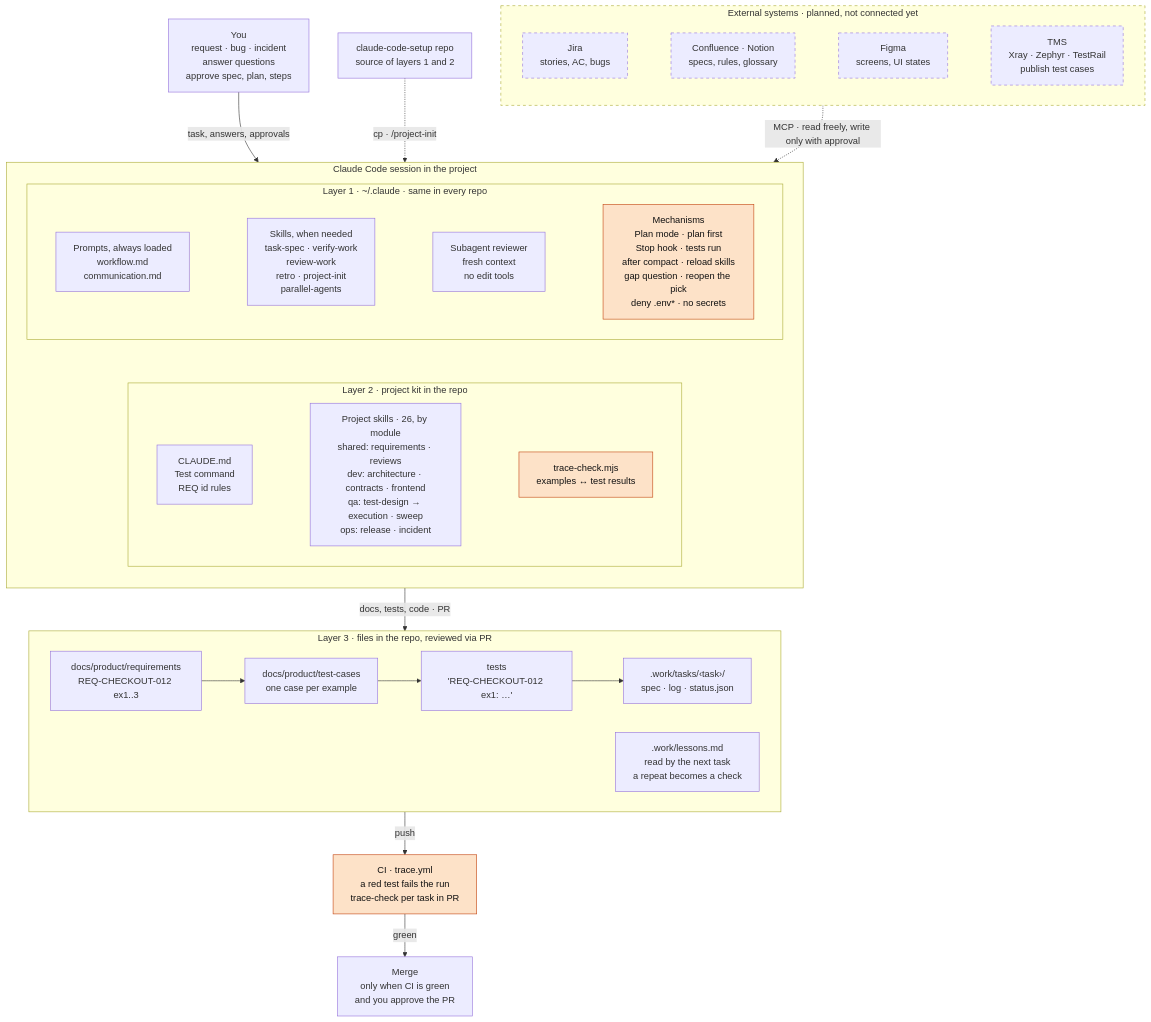
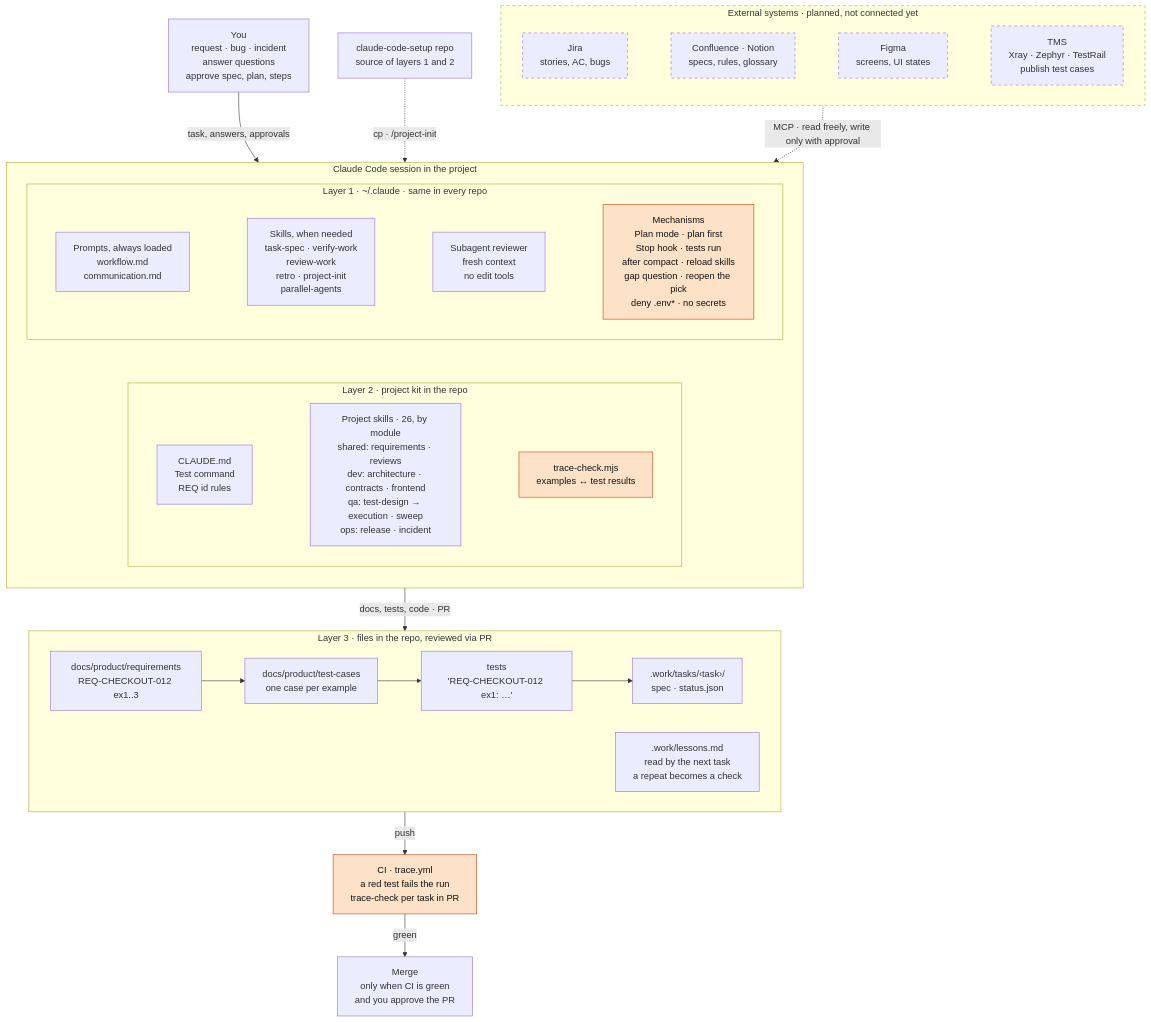
The diagram in README.md (tandt53/claude-code-setup), drawn with Mermaid before and after one commit. The commit also changed other lines of this file and 1 other file, not shown here.

Commit message:
Stop listing a task log the workflow no longer keeps
The workflow and the task-spec skill dropped the per-task log.md: a task
is resumed from its spec, the commits and the pull request. The README's
tree and diagram, and the block the kit writes into each project's
CLAUDE.md, still listed it, so a new project would be told to keep a file
nothing writes.

Not changed here: the two design pages under architecture/, which still
describe the log in 17 lines; they get their own change.

````diff
--- a/README.md
+++ b/README.md
@@ -62,56 +62,56 @@
 ```mermaid
 flowchart TB
   subgraph EXT["External systems · planned, not connected yet"]
     direction LR
     J["Jira<br/>stories, AC, bugs"]
     CN["Confluence · Notion<br/>specs, rules, glossary"]
     F["Figma<br/>screens, UI states"]
     T["TMS<br/>Xray · Zephyr · TestRail<br/>publish test cases"]
     J ~~~ CN ~~~ F ~~~ T
   end
 
   YOU["You<br/>request · bug · incident<br/>answer questions<br/>approve spec, plan, steps"]
   KIT["claude-code-setup repo<br/>source of layers 1 and 2"]
 
   subgraph SESSION["Claude Code session in the project"]
     direction TB
     subgraph L1["Layer 1 · ~/.claude · same in every repo"]
       direction LR
       P1["Prompts, always loaded<br/>workflow.md<br/>communication.md"]
       S1["Skills, when needed<br/>task-spec · verify-work<br/>review-work<br/>retro · project-init<br/>parallel-agents"]
       R1["Subagent reviewer<br/>fresh context<br/>no edit tools"]
       M1["Mechanisms<br/>Plan mode · plan first<br/>Stop hook · tests run<br/>after compact · reload skills<br/>gap question · reopen the pick<br/>deny .env* · no secrets"]
       P1 ~~~ S1 ~~~ R1 ~~~ M1
     end
     subgraph L2["Layer 2 · project kit in the repo"]
       direction LR
       C2["CLAUDE.md<br/>Test command<br/>REQ id rules"]
       S2["Project skills · 26, by module<br/>shared: requirements · reviews<br/>dev: architecture · contracts · frontend<br/>qa: test-design → execution · sweep<br/>ops: release · incident"]
       T2["trace-check.mjs<br/>examples ↔ test results"]
       C2 ~~~ S2 ~~~ T2
     end
     L1 ~~~ L2
   end
 
   subgraph L3["Layer 3 · files in the repo, reviewed via PR"]
     direction LR
-    A1["docs/product/requirements<br/>REQ-CHECKOUT-012 ex1..3"] --> A2["docs/product/test-cases<br/>one case per example"] --> A3["tests<br/>'REQ-CHECKOUT-012 ex1: …'"] --> A4[".work/tasks/‹task›/<br/>spec · log · status.json"]
+    A1["docs/product/requirements<br/>REQ-CHECKOUT-012 ex1..3"] --> A2["docs/product/test-cases<br/>one case per example"] --> A3["tests<br/>'REQ-CHECKOUT-012 ex1: …'"] --> A4[".work/tasks/‹task›/<br/>spec · status.json"]
     A5[".work/lessons.md<br/>read by the next task<br/>a repeat becomes a check"]
   end
 
   CI["CI · trace.yml<br/>a red test fails the run<br/>trace-check per task in PR"]
   MERGE["Merge<br/>only when CI is green<br/>and you approve the PR"]
 
   YOU -- "task, answers, approvals" --> SESSION
   KIT -. "cp · /project-init" .-> SESSION
   EXT -. "MCP · read freely, write only with approval" .-> SESSION
   SESSION -- "docs, tests, code · PR" --> L3
   L3 -- "push" --> CI
   CI -- "green" --> MERGE
 
   classDef mech fill:#fde2c8,stroke:#c2410c,color:#111
   class M1,T2,CI mech
   classDef planned stroke-dasharray: 5 5
   class J,CN,F,T planned
   style EXT stroke-dasharray: 5 5
 ```
````
